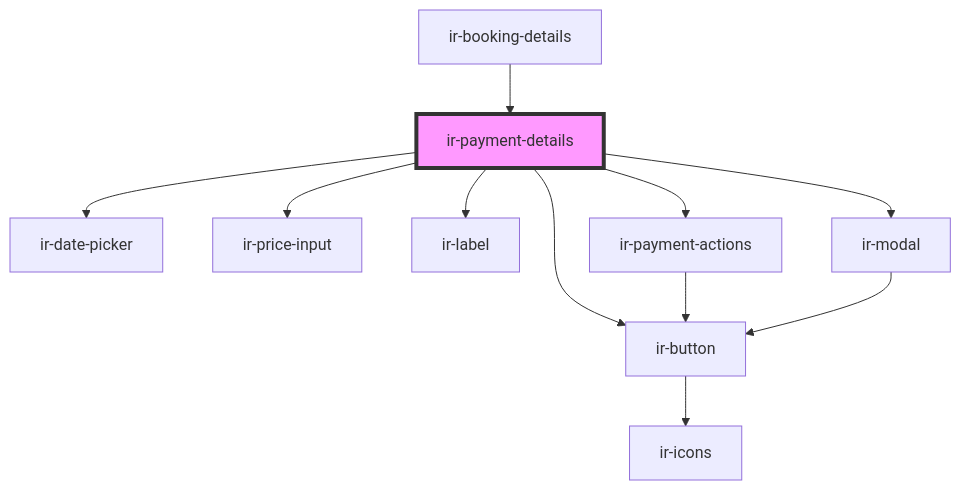
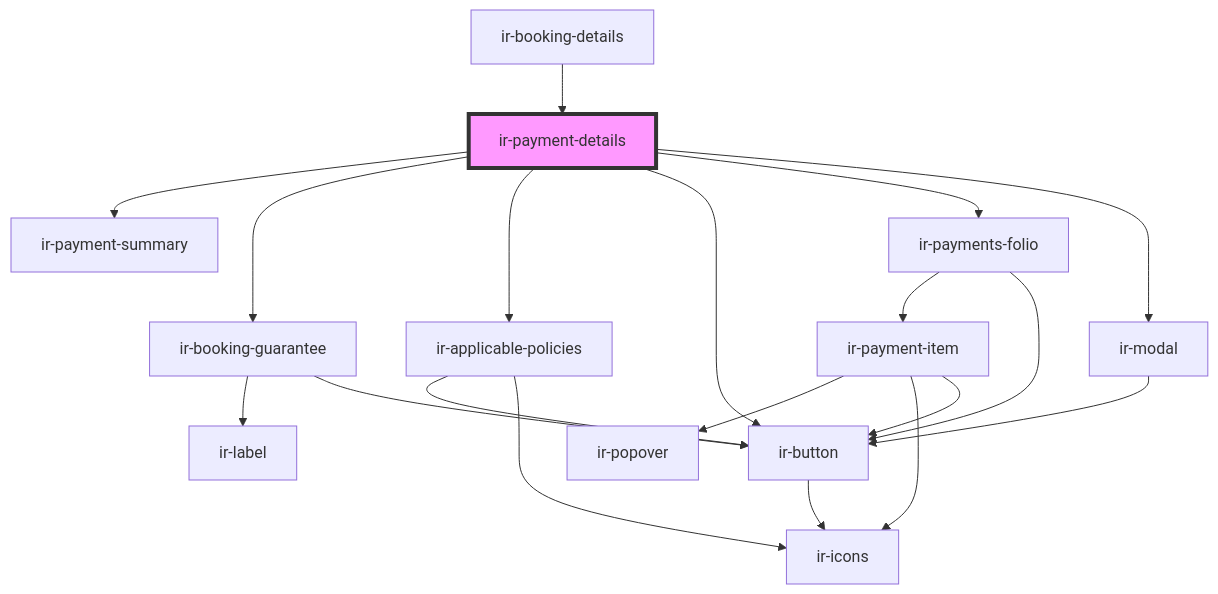
Before and after one commit to RonyRizk/ir-webcmp: the diagram in src/components/ir-booking-details/ir-payment-details/readme.md, drawn with Mermaid. The commit also changed other lines of this file and 156 other files, not shown here.

````diff
--- a/src/components/ir-booking-details/ir-payment-details/readme.md
+++ b/src/components/ir-booking-details/ir-payment-details/readme.md
@@ -41,14 +44,22 @@
 ```mermaid
 graph TD;
-  ir-payment-details --> ir-date-picker
-  ir-payment-details --> ir-price-input
+  ir-payment-details --> ir-payment-summary
+  ir-payment-details --> ir-booking-guarantee
+  ir-payment-details --> ir-applicable-policies
   ir-payment-details --> ir-button
-  ir-payment-details --> ir-label
-  ir-payment-details --> ir-payment-actions
+  ir-payment-details --> ir-payments-folio
   ir-payment-details --> ir-modal
+  ir-booking-guarantee --> ir-label
+  ir-booking-guarantee --> ir-button
   ir-button --> ir-icons
-  ir-payment-actions --> ir-button
+  ir-applicable-policies --> ir-button
+  ir-applicable-policies --> ir-icons
+  ir-payments-folio --> ir-payment-item
+  ir-payments-folio --> ir-button
+  ir-payment-item --> ir-popover
+  ir-payment-item --> ir-icons
+  ir-payment-item --> ir-button
   ir-modal --> ir-button
   ir-booking-details --> ir-payment-details
   style ir-payment-details fill:#f9f,stroke:#333,stroke-width:4px
 ```
````
